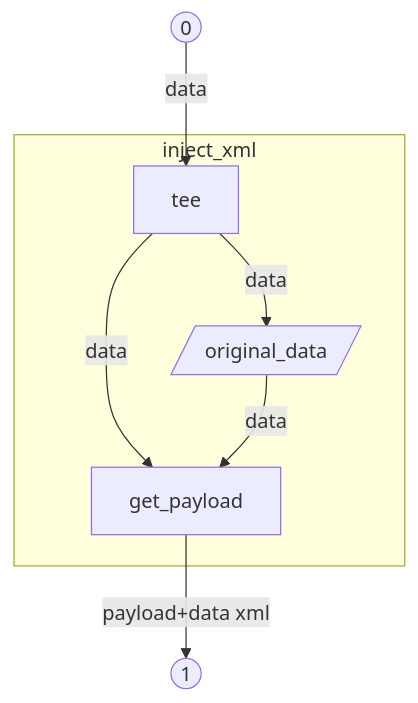
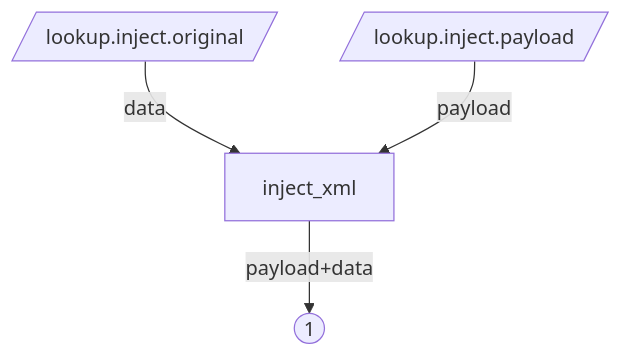
Before and after one commit to tibolpol/sealgood: the fifth of 6 diagrams in docs/fr/filetypes.md, drawn with Mermaid. The commit also changed other lines of this file and 5 other files, not shown here.

````diff
--- a/docs/fr/filetypes.md
+++ b/docs/fr/filetypes.md
@@ -264,21 +280,8 @@
 ```mermaid
 flowchart TB
-l0((0)) -->|data| tee
-subgraph inject_xml
-  tee -->|data| od[/original_data/]
-  tee -->|data| get_payload
-  od  -->|data| get_payload
-end
-get_payload -->|payload+data xml| l1((1))
-click lookup "sealgood.md#lookup"
-click clean "sealgood.md#clean"
-click date "sealgood.md#date"
-click end_of_pipe "sealgood.md#end_of_pipe"
-click enumerate "sealgood.md#enumerate"
-click file2tgz "sealgood.md#file2tgz"
-click genkey "sealgood.md#genkey"
-click help "sealgood.md#help"
-click main "sealgood.md#main"
-click sign "sealgood.md#sign"
-click verify "sealgood.md#verify"
+od[/lookup.inject.original/]
+pl[/lookup.inject.payload/]
+od -->|data| inject_xml
+pl -->|payload| inject_xml
+inject_xml -->|payload+data| l1((1))
 ```
````
